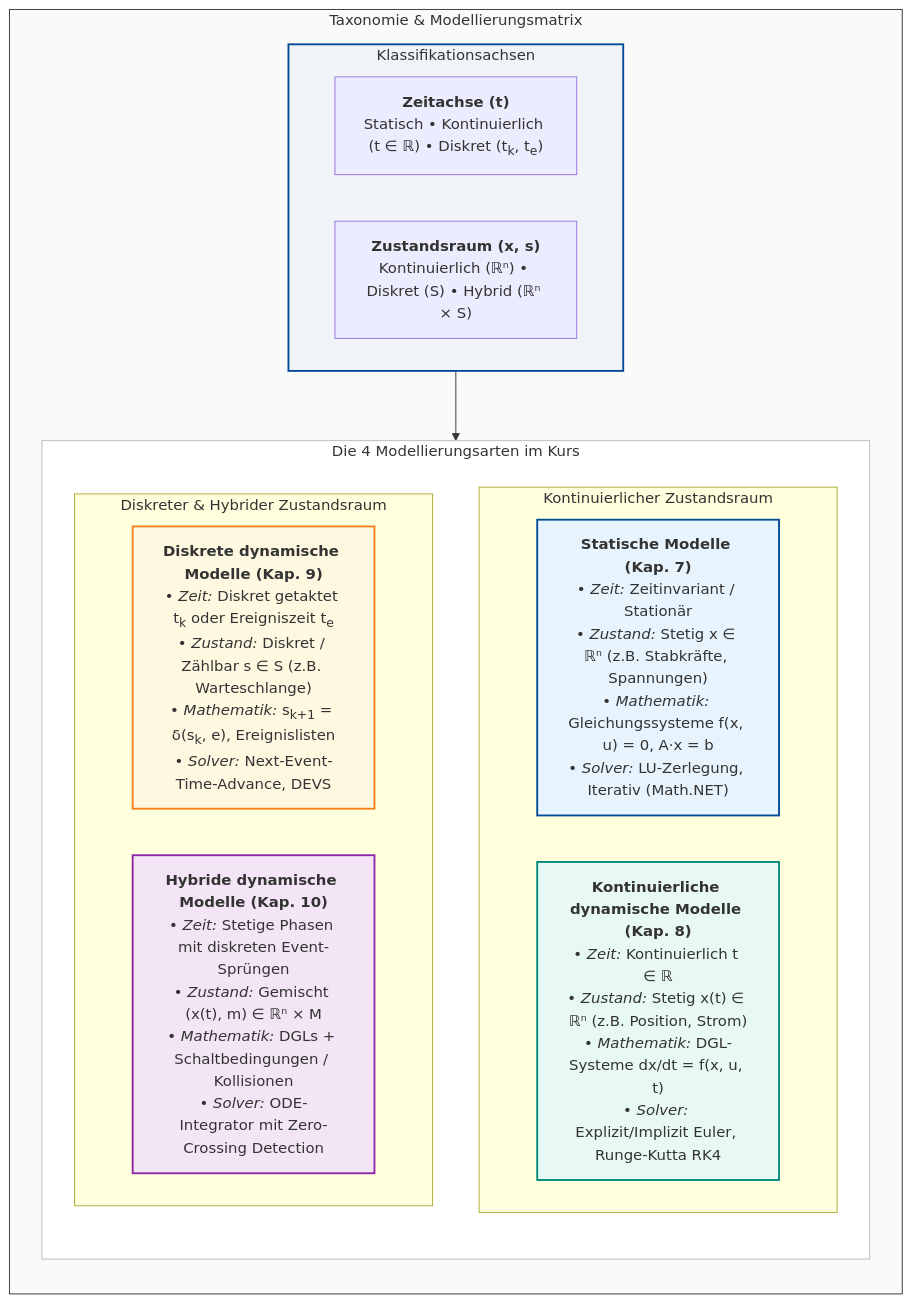
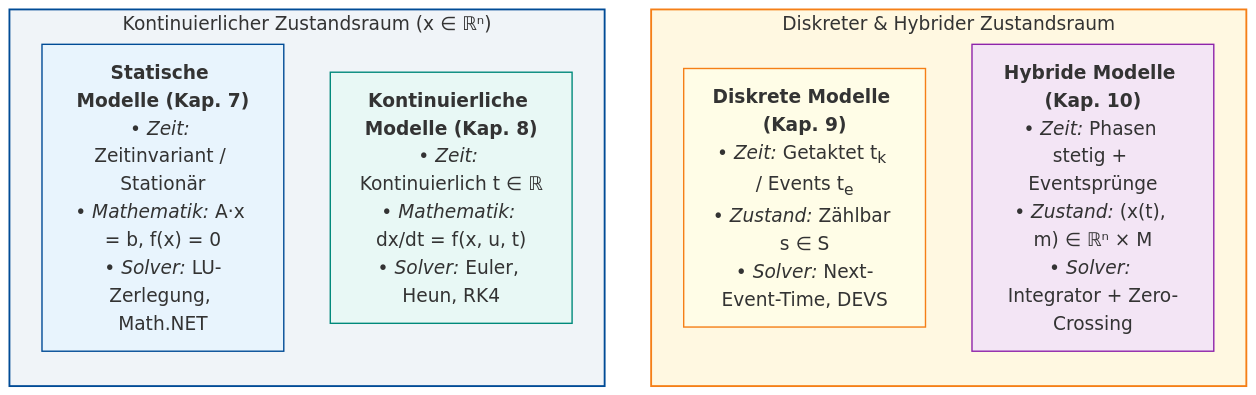
One commit to ghackenberg/kurs-computer-simulation changed the diagram in Folien/11_Epilog/Diagramme/Modellierungsmatrix.mmd. Above: the diagram before and after it, drawn with Mermaid. The commit also changed 88 other files, not shown here.

```diff
--- a/Folien/11_Epilog/Diagramme/Modellierungsmatrix.mmd
+++ b/Folien/11_Epilog/Diagramme/Modellierungsmatrix.mmd
@@ -1,37 +1,22 @@
-flowchart TB
-    subgraph Matrix ["Taxonomie & Modellierungsmatrix"]
+%%{init: {'themeVariables': {'fontSize': '20px'}}}%%
+flowchart LR
+    subgraph KONT ["Kontinuierlicher Zustandsraum (x &isin; ℝⁿ)"]
         direction TB
-
-        subgraph Dimensionen ["Klassifikationsachsen"]
-            direction LR
-            Zeit["<b>Zeitachse (t)</b><br/>Statisch &bull; Kontinuierlich (t &isin; ℝ) &bull; Diskret (t<sub>k</sub>, t<sub>e</sub>)"]
-            Zustand["<b>Zustandsraum (x, s)</b><br/>Kontinuierlich (ℝⁿ) &bull; Diskret (S) &bull; Hybrid (ℝⁿ &times; S)"]
-        end
-
-        subgraph Quadranten ["Die 4 Modellierungsarten im Kurs"]
-            direction TB
-
-            subgraph Row1 ["Kontinuierlicher Zustandsraum"]
-                direction LR
-                M_Stat["<b>Statische Modelle (Kap. 7)</b><br/>• <i>Zeit:</i> Zeitinvariant / Stationär<br/>• <i>Zustand:</i> Stetig x &isin; ℝⁿ (z.B. Stabkräfte, Spannungen)<br/>• <i>Mathematik:</i> Gleichungssysteme f(x, u) = 0, A&middot;x = b<br/>• <i>Solver:</i> LU-Zerlegung, Iterativ (Math.NET)"]
-                M_Kont["<b>Kontinuierliche dynamische Modelle (Kap. 8)</b><br/>• <i>Zeit:</i> Kontinuierlich t &isin; ℝ<br/>• <i>Zustand:</i> Stetig x(t) &isin; ℝⁿ (z.B. Position, Strom)<br/>• <i>Mathematik:</i> DGL-Systeme dx/dt = f(x, u, t)<br/>• <i>Solver:</i> Explizit/Implizit Euler, Runge-Kutta RK4"]
-            end
-
-            subgraph Row2 ["Diskreter & Hybrider Zustandsraum"]
-                direction LR
-                M_Disk["<b>Diskrete dynamische Modelle (Kap. 9)</b><br/>• <i>Zeit:</i> Diskret getaktet t<sub>k</sub> oder Ereigniszeit t<sub>e</sub><br/>• <i>Zustand:</i> Diskret / Zählbar s &isin; S (z.B. Warteschlange)<br/>• <i>Mathematik:</i> s<sub>k+1</sub> = &delta;(s<sub>k</sub>, e), Ereignislisten<br/>• <i>Solver:</i> Next-Event-Time-Advance, DEVS"]
-                M_Hybr["<b>Hybride dynamische Modelle (Kap. 10)</b><br/>• <i>Zeit:</i> Stetige Phasen mit diskreten Event-Sprüngen<br/>• <i>Zustand:</i> Gemischt (x(t), m) &isin; ℝⁿ &times; M<br/>• <i>Mathematik:</i> DGLs + Schaltbedingungen / Kollisionen<br/>• <i>Solver:</i> ODE-Integrator mit Zero-Crossing Detection"]
-            end
-        end
+        M_Stat["<b>Statische Modelle (Kap. 7)</b><br/>• <i>Zeit:</i> Zeitinvariant / Stationär<br/>• <i>Mathematik:</i> A&middot;x = b, f(x) = 0<br/>• <i>Solver:</i> LU-Zerlegung, Math.NET"]
+        M_Kont["<b>Kontinuierliche Modelle (Kap. 8)</b><br/>• <i>Zeit:</i> Kontinuierlich t &isin; ℝ<br/>• <i>Mathematik:</i> dx/dt = f(x, u, t)<br/>• <i>Solver:</i> Euler, Heun, RK4"]
     end
 
-    Dimensionen --> Quadranten
+    subgraph DISK ["Diskreter & Hybrider Zustandsraum"]
+        direction TB
+        M_Disk["<b>Diskrete Modelle (Kap. 9)</b><br/>• <i>Zeit:</i> Getaktet t<sub>k</sub> / Events t<sub>e</sub><br/>• <i>Zustand:</i> Zählbar s &isin; S<br/>• <i>Solver:</i> Next-Event-Time, DEVS"]
+        M_Hybr["<b>Hybride Modelle (Kap. 10)</b><br/>• <i>Zeit:</i> Phasen stetig + Eventsprünge<br/>• <i>Zustand:</i> (x(t), m) &isin; ℝⁿ &times; M<br/>• <i>Solver:</i> Integrator + Zero-Crossing"]
+    end
 
-    style Matrix fill:#fafafa,stroke:#333,stroke-width:1px
-    style Dimensionen fill:#f0f4f8,stroke:#004B96,stroke-width:2px
-    style Quadranten fill:#ffffff,stroke:#bbb,stroke-width:1px
+    KONT ~~~ DISK
 
-    style M_Stat fill:#e8f4fd,stroke:#004B96,stroke-width:2px
-    style M_Kont fill:#e8f8f5,stroke:#00897b,stroke-width:2px
-    style M_Disk fill:#fff8e1,stroke:#f57f17,stroke-width:2px
-    style M_Hybr fill:#f3e5f5,stroke:#8e24aa,stroke-width:2px
+    style KONT fill:#f0f4f8,stroke:#004B96,stroke-width:2px
+    style DISK fill:#fff8e1,stroke:#f57f17,stroke-width:2px
+    style M_Stat fill:#e8f4fd,stroke:#004B96,stroke-width:1.5px
+    style M_Kont fill:#e8f8f5,stroke:#00897b,stroke-width:1.5px
+    style M_Disk fill:#fffde7,stroke:#f57f17,stroke-width:1.5px
+    style M_Hybr fill:#f3e5f5,stroke:#8e24aa,stroke-width:1.5px
```
